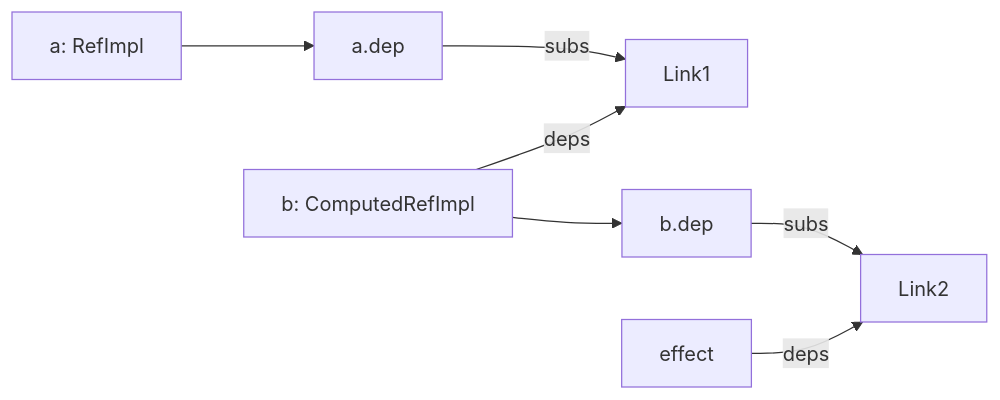
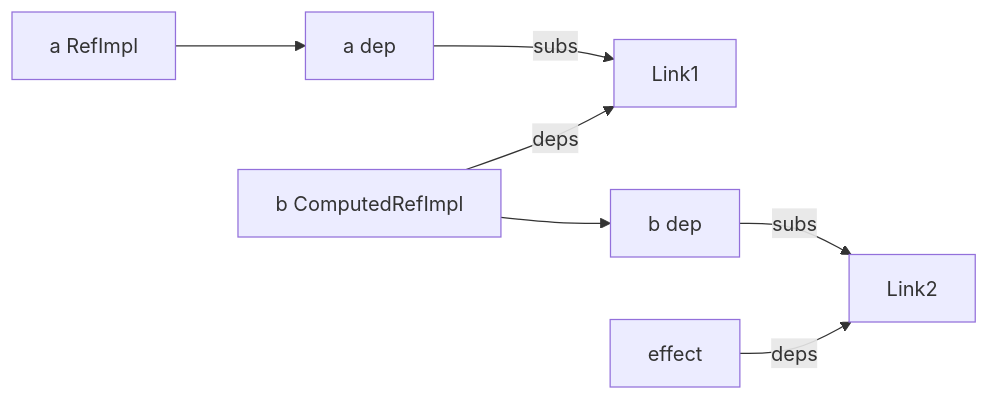
One commit to Tajigaqzh/front_basic changed the sixth of 12 diagrams in docs/vue/source/reactivity/dep-link-explained.md. Above: the diagram before and after it, drawn with Mermaid. The commit also changed other lines of this file and 11 other files, not shown here.

````diff
--- a/docs/vue/source/reactivity/dep-link-explained.md
+++ b/docs/vue/source/reactivity/dep-link-explained.md
@@ -377,17 +377,17 @@
 ```mermaid
 flowchart LR
-    a[a: RefImpl]
-    depA[a.dep]
-    l1[Link1]
-    b[b: ComputedRefImpl]
-    depB[b.dep]
-    l2[Link2]
-    e[effect]
+    a["a RefImpl"]
+    depA["a dep"]
+    l1["Link1"]
+    b["b ComputedRefImpl"]
+    depB["b dep"]
+    l2["Link2"]
+    e["effect"]
 
     a --> depA
     depA -->|subs| l1
     b -->|deps| l1
     b --> depB
     depB -->|subs| l2
     e -->|deps| l2
 ```
````
